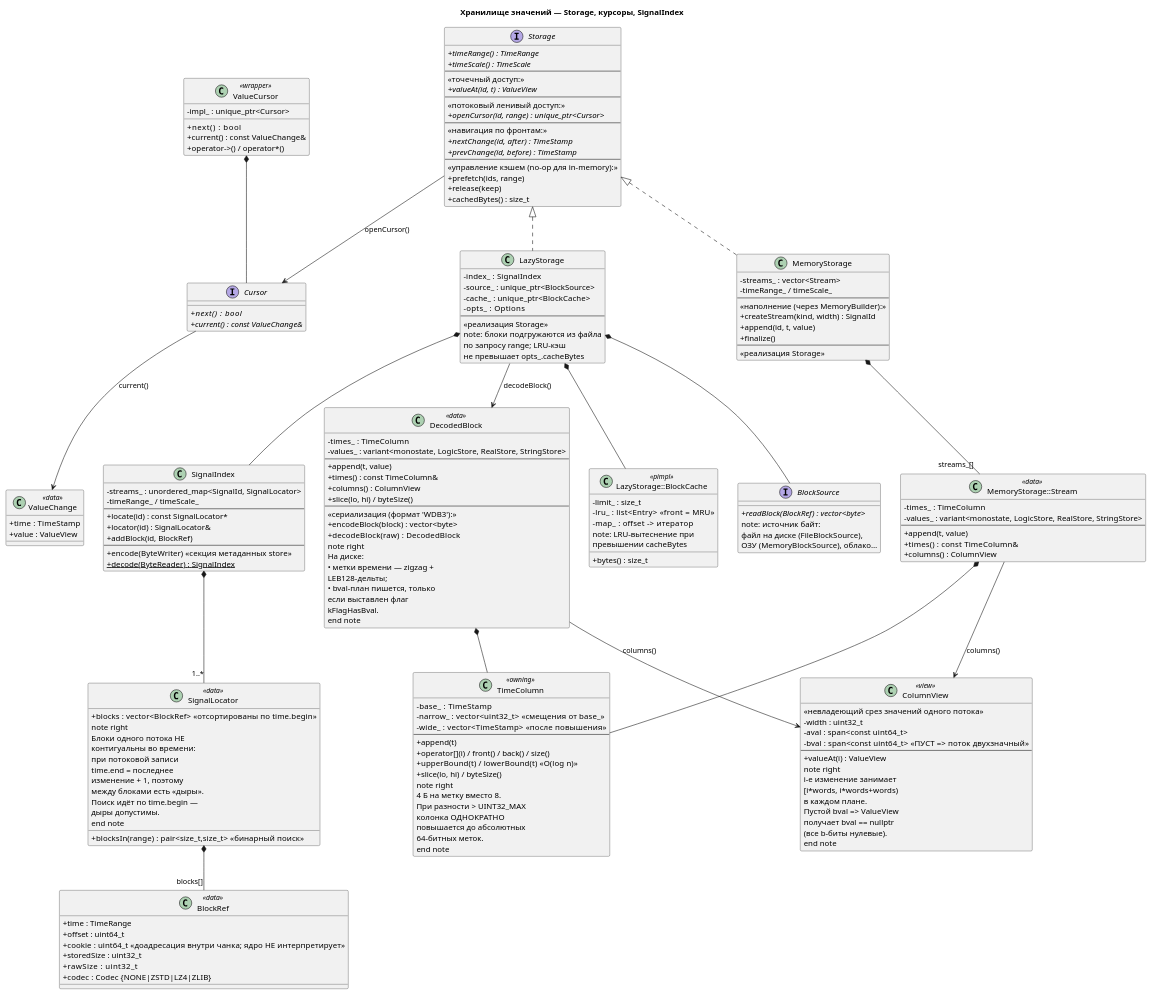
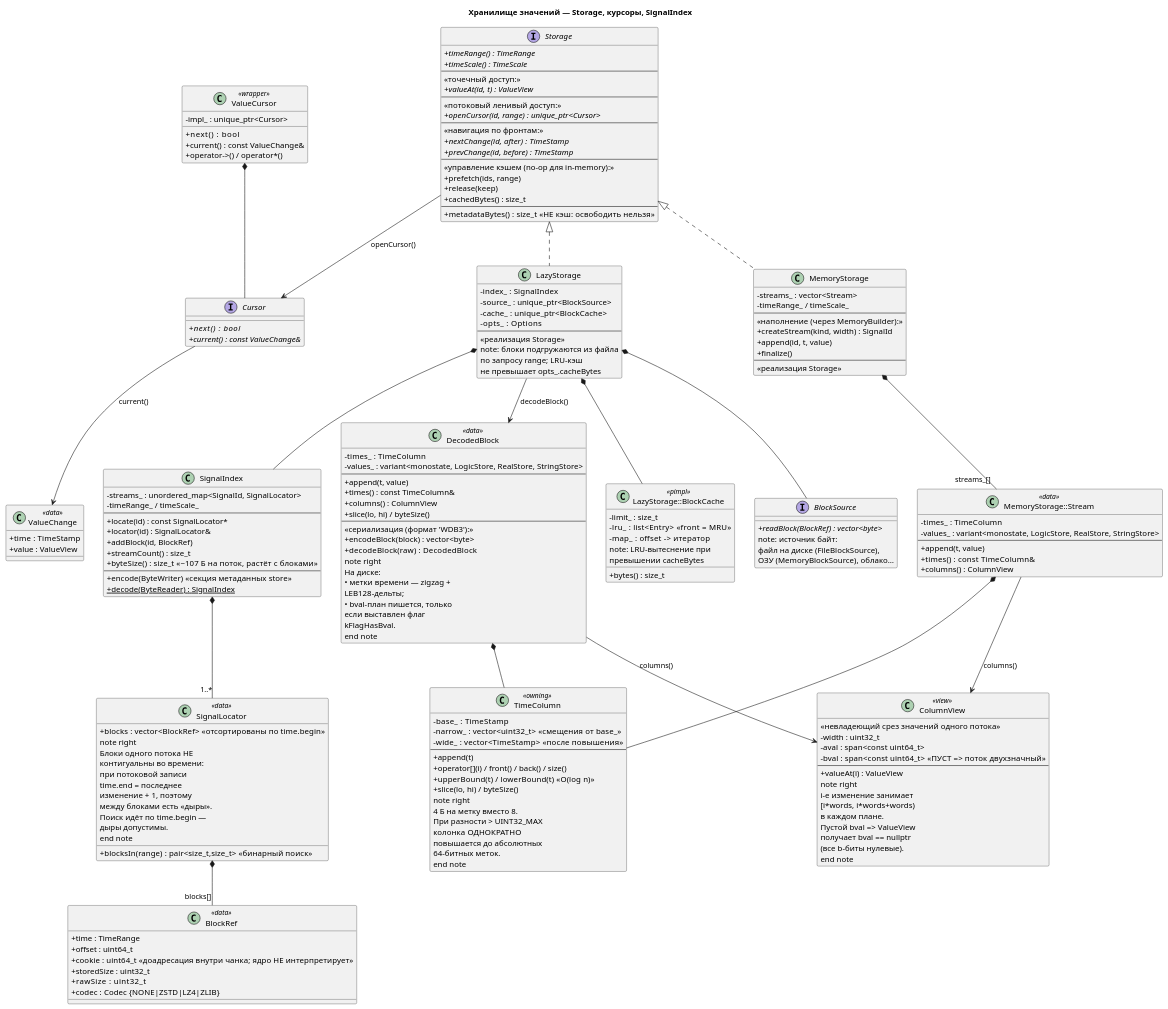
One commit to gikon3/wasafe changed the diagram in docs/uml/04_storage.puml. Above: the diagram before and after it, drawn with PlantUML. The commit also changed 3 other files, not shown here.

```diff
--- a/docs/uml/04_storage.puml
+++ b/docs/uml/04_storage.puml
@@ -23,6 +23,8 @@
     + prefetch(ids, range)
     + release(keep)
     + cachedBytes() : size_t
+    --
+    + metadataBytes() : size_t   «НЕ кэш: освободить нельзя»
 }
 
 interface Cursor {
@@ -163,6 +165,8 @@
     + locate(id) : const SignalLocator*
     + locator(id) : SignalLocator&
     + addBlock(id, BlockRef)
+    + streamCount() : size_t
+    + byteSize() : size_t   «~107 Б на поток, растёт с блоками»
     --
     + encode(ByteWriter)  «секция метаданных store»
     + {static} decode(ByteReader) : SignalIndex
```
